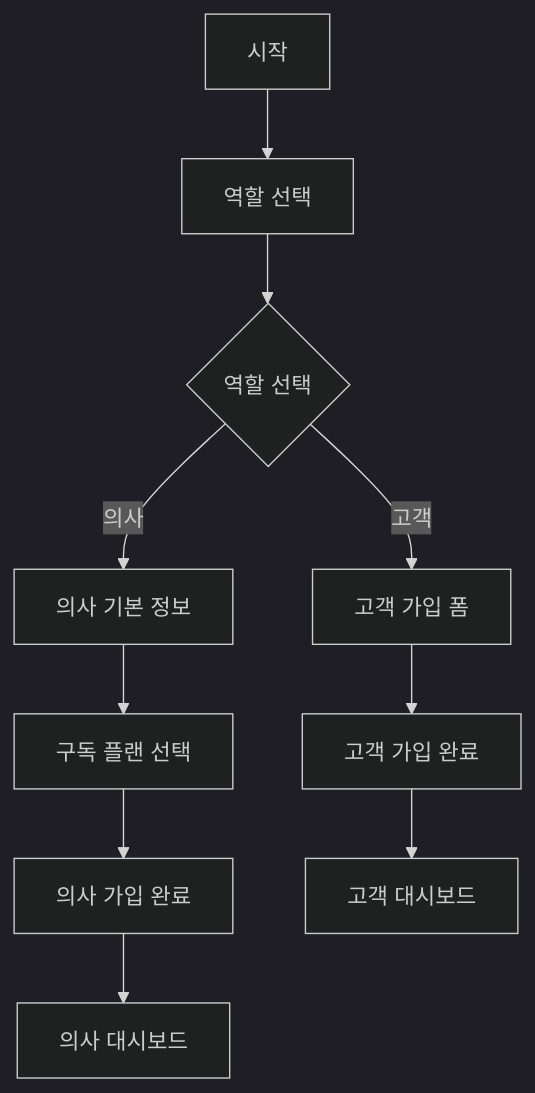
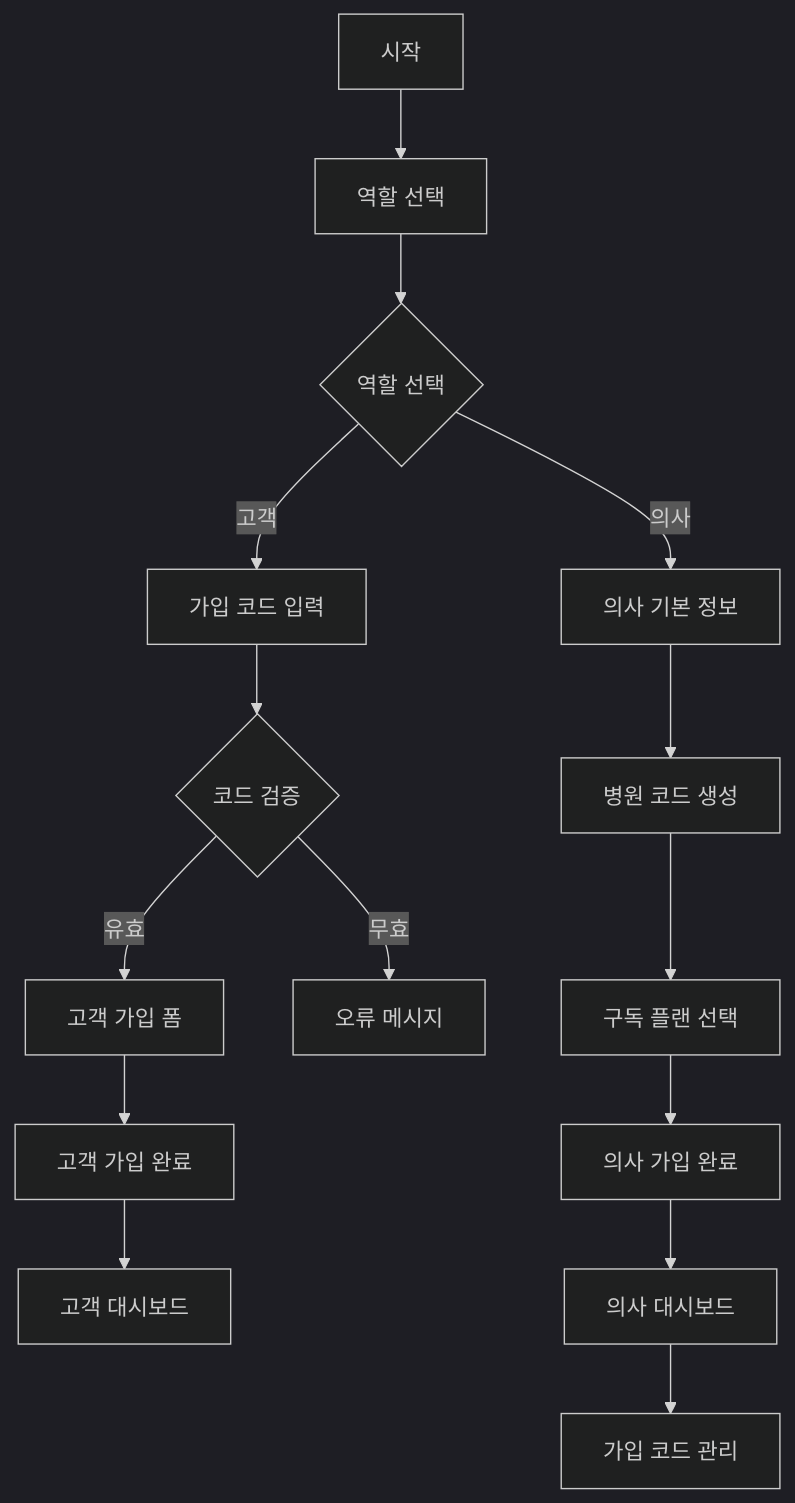
One commit to jinhyuck8504/obdoc-k changed the diagram in .kiro/specs/obdoc-mvp/design.md. Above: the diagram before and after it, drawn with Mermaid (dark theme). The commit also changed other lines of this file, not shown here.

````diff
--- a/.kiro/specs/obdoc-mvp/design.md
+++ b/.kiro/specs/obdoc-mvp/design.md
@@ -38,12 +46,17 @@
 ```mermaid
 graph TD
     A[시작] --> B[역할 선택]
     B --> C{역할 선택}
-    C -->|고객| D[고객 가입 폼]
+    C -->|고객| D[가입 코드 입력]
     C -->|의사| E[의사 기본 정보]
-    D --> F[고객 가입 완료]
-    E --> G[구독 플랜 선택]
-    G --> H[의사 가입 완료]
-    F --> I[고객 대시보드]
-    H --> J[의사 대시보드]
+    D --> F{코드 검증}
+    F -->|유효| G[고객 가입 폼]
+    F -->|무효| H[오류 메시지]
+    G --> I[고객 가입 완료]
+    E --> J[병원 코드 생성]
+    J --> K[구독 플랜 선택]
+    K --> L[의사 가입 완료]
+    I --> M[고객 대시보드]
+    L --> N[의사 대시보드]
+    N --> O[가입 코드 관리]
 ```
````
